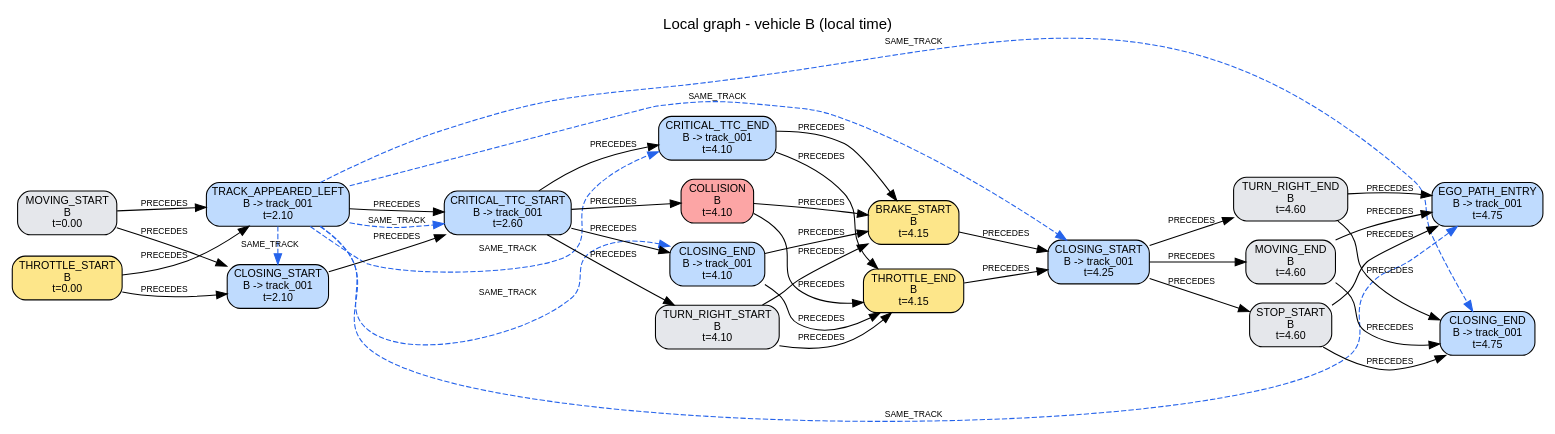
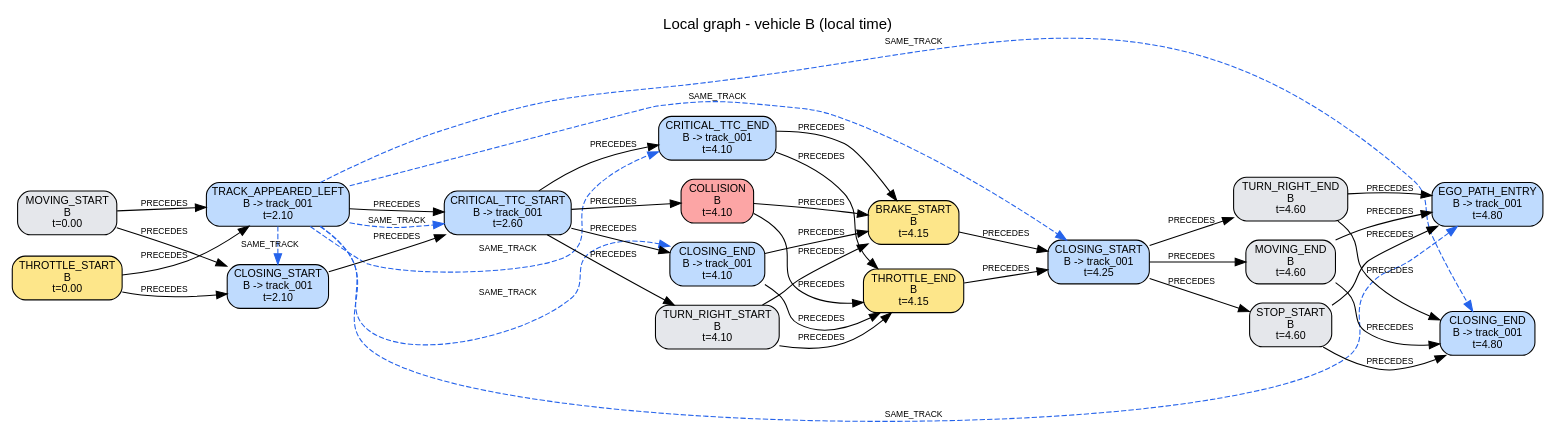
One commit to AndreaBedei1/causaldrive-forensics changed the diagram in traces/S03/run_0_crash/reconstruction/B/local_graph.dot. Above: the diagram before and after it, drawn with Graphviz. The commit also changed 521 other files, not shown here.

```diff
--- a/traces/S03/run_0_crash/reconstruction/B/local_graph.dot
+++ b/traces/S03/run_0_crash/reconstruction/B/local_graph.dot
@@ -1,64 +1,64 @@
 digraph "local_B" {
   graph [rankdir=LR, labelloc=t, fontname=Helvetica, label="Local graph - vehicle B (local time)"];
   node [shape=box, style="rounded,filled", fontname=Helvetica, fontsize=10];
   edge [fontname=Helvetica, fontsize=8];
   "B:e01" [label="MOVING_START\nB\nt=0.00", fillcolor="#e5e7eb"];
   "B:e02" [label="THROTTLE_START\nB\nt=0.00", fillcolor="#fde68a"];
   "B:e03" [label="TRACK_APPEARED_LEFT\nB -> track_001\nt=2.10", fillcolor="#bfdbfe"];
   "B:e04" [label="CLOSING_START\nB -> track_001\nt=2.10", fillcolor="#bfdbfe"];
   "B:e05" [label="CRITICAL_TTC_START\nB -> track_001\nt=2.60", fillcolor="#bfdbfe"];
   "B:e06" [label="COLLISION\nB\nt=4.10", fillcolor="#fca5a5"];
   "B:e07" [label="CRITICAL_TTC_END\nB -> track_001\nt=4.10", fillcolor="#bfdbfe"];
   "B:e08" [label="CLOSING_END\nB -> track_001\nt=4.10", fillcolor="#bfdbfe"];
   "B:e09" [label="TURN_RIGHT_START\nB\nt=4.10", fillcolor="#e5e7eb"];
   "B:e10" [label="THROTTLE_END\nB\nt=4.15", fillcolor="#fde68a"];
   "B:e11" [label="BRAKE_START\nB\nt=4.15", fillcolor="#fde68a"];
   "B:e12" [label="CLOSING_START\nB -> track_001\nt=4.25", fillcolor="#bfdbfe"];
   "B:e13" [label="TURN_RIGHT_END\nB\nt=4.60", fillcolor="#e5e7eb"];
   "B:e14" [label="MOVING_END\nB\nt=4.60", fillcolor="#e5e7eb"];
   "B:e15" [label="STOP_START\nB\nt=4.60", fillcolor="#e5e7eb"];
-  "B:e16" [label="CLOSING_END\nB -> track_001\nt=4.75", fillcolor="#bfdbfe"];
-  "B:e17" [label="EGO_PATH_ENTRY\nB -> track_001\nt=4.75", fillcolor="#bfdbfe"];
+  "B:e16" [label="CLOSING_END\nB -> track_001\nt=4.80", fillcolor="#bfdbfe"];
+  "B:e17" [label="EGO_PATH_ENTRY\nB -> track_001\nt=4.80", fillcolor="#bfdbfe"];
   {rank=same; "B:e01"; "B:e02";}
   {rank=same; "B:e03"; "B:e04";}
   {rank=same; "B:e06"; "B:e07"; "B:e08"; "B:e09";}
   {rank=same; "B:e10"; "B:e11";}
   {rank=same; "B:e13"; "B:e14"; "B:e15";}
   {rank=same; "B:e16"; "B:e17";}
   "B:e01" -> "B:e03" [label="PRECEDES"];
   "B:e01" -> "B:e04" [label="PRECEDES"];
   "B:e02" -> "B:e03" [label="PRECEDES"];
   "B:e02" -> "B:e04" [label="PRECEDES"];
   "B:e03" -> "B:e05" [label="PRECEDES"];
   "B:e04" -> "B:e05" [label="PRECEDES"];
   "B:e05" -> "B:e06" [label="PRECEDES"];
   "B:e05" -> "B:e07" [label="PRECEDES"];
   "B:e05" -> "B:e08" [label="PRECEDES"];
   "B:e05" -> "B:e09" [label="PRECEDES"];
   "B:e06" -> "B:e10" [label="PRECEDES"];
   "B:e06" -> "B:e11" [label="PRECEDES"];
   "B:e07" -> "B:e10" [label="PRECEDES"];
   "B:e07" -> "B:e11" [label="PRECEDES"];
   "B:e08" -> "B:e10" [label="PRECEDES"];
   "B:e08" -> "B:e11" [label="PRECEDES"];
   "B:e09" -> "B:e10" [label="PRECEDES"];
   "B:e09" -> "B:e11" [label="PRECEDES"];
   "B:e10" -> "B:e12" [label="PRECEDES"];
   "B:e11" -> "B:e12" [label="PRECEDES"];
   "B:e12" -> "B:e13" [label="PRECEDES"];
   "B:e12" -> "B:e14" [label="PRECEDES"];
   "B:e12" -> "B:e15" [label="PRECEDES"];
   "B:e13" -> "B:e16" [label="PRECEDES"];
   "B:e13" -> "B:e17" [label="PRECEDES"];
   "B:e14" -> "B:e16" [label="PRECEDES"];
   "B:e14" -> "B:e17" [label="PRECEDES"];
   "B:e15" -> "B:e16" [label="PRECEDES"];
   "B:e15" -> "B:e17" [label="PRECEDES"];
   "B:e03" -> "B:e04" [label="SAME_TRACK", style=dashed, color="#2563eb", constraint=false];
   "B:e03" -> "B:e05" [label="SAME_TRACK", style=dashed, color="#2563eb", constraint=false];
   "B:e03" -> "B:e07" [label="SAME_TRACK", style=dashed, color="#2563eb", constraint=false];
   "B:e03" -> "B:e08" [label="SAME_TRACK", style=dashed, color="#2563eb", constraint=false];
   "B:e03" -> "B:e12" [label="SAME_TRACK", style=dashed, color="#2563eb", constraint=false];
   "B:e03" -> "B:e16" [label="SAME_TRACK", style=dashed, color="#2563eb", constraint=false];
   "B:e03" -> "B:e17" [label="SAME_TRACK", style=dashed, color="#2563eb", constraint=false];
 }
```
